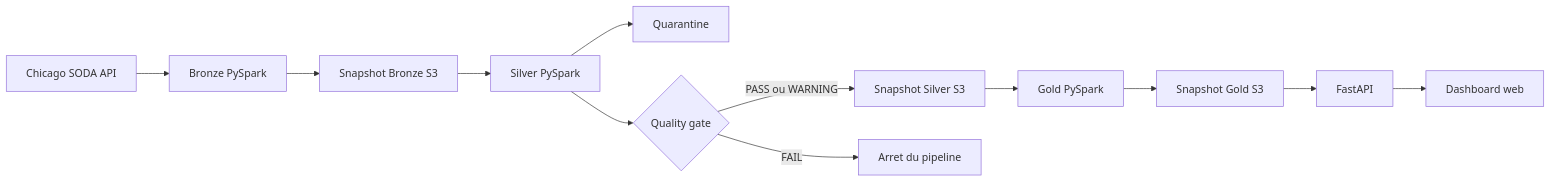
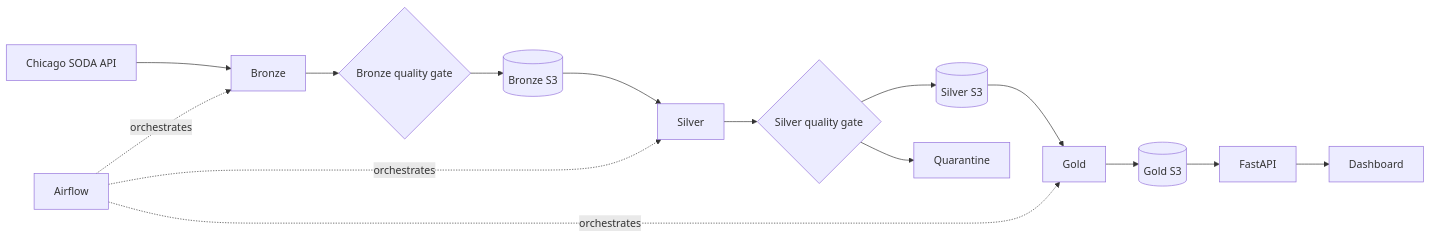
One commit to MedEleliem/chicago-taxi-data-engineering changed the diagram in README.md. Above: the diagram before and after it, drawn with Mermaid. The commit also changed other lines of this file and 18 other files, not shown here.

````diff
--- a/README.md
+++ b/README.md
@@ -88,14 +10,17 @@
 ```mermaid
 flowchart LR
-    A[Chicago SODA API] --> B[Bronze PySpark]
-    B --> C[Snapshot Bronze S3]
-    C --> D[Silver PySpark]
-    D --> Q[Quarantine]
-    D --> E{Quality gate}
-    E -->|PASS ou WARNING| F[Snapshot Silver S3]
-    E -->|FAIL| X[Arret du pipeline]
-    F --> G[Gold PySpark]
-    G --> H[Snapshot Gold S3]
-    H --> I[FastAPI]
-    I --> J[Dashboard web]
+    A[Chicago SODA API] --> B[Bronze]
+    B --> QB{Bronze quality gate}
+    QB --> SB[(Bronze S3)]
+    SB --> S[Silver]
+    S --> QS{Silver quality gate}
+    QS --> SS[(Silver S3)]
+    QS --> Q[Quarantine]
+    SS --> G[Gold]
+    G --> SG[(Gold S3)]
+    SG --> API[FastAPI]
+    API --> UI[Dashboard]
+    AF[Airflow] -. orchestrates .-> B
+    AF -. orchestrates .-> S
+    AF -. orchestrates .-> G
 ```
````
